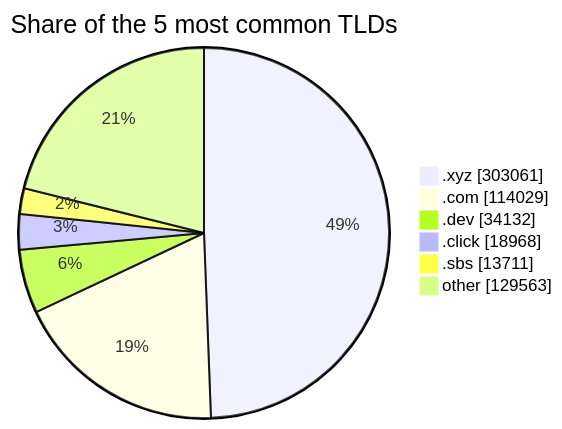
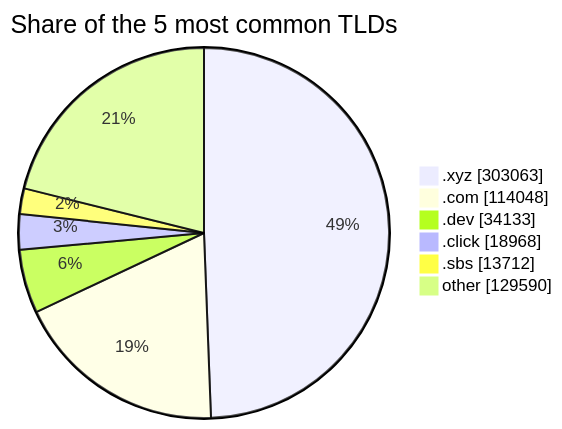
Before and after one commit to DNSBunker/CTI: the third of 3 diagrams in README.md, drawn with Mermaid. The commit also changed other lines of this file and 3 other files, not shown here.

````diff
--- a/README.md
+++ b/README.md
@@ -81,9 +81,9 @@
 ```mermaid
 pie showData title Share of the 5 most common TLDs
-    ".xyz" : 303061
-    ".com" : 114029
-    ".dev" : 34132
+    ".xyz" : 303063
+    ".com" : 114048
+    ".dev" : 34133
     ".click" : 18968
-    ".sbs" : 13711
-    "other" : 129563
+    ".sbs" : 13712
+    "other" : 129590
 ```
````
